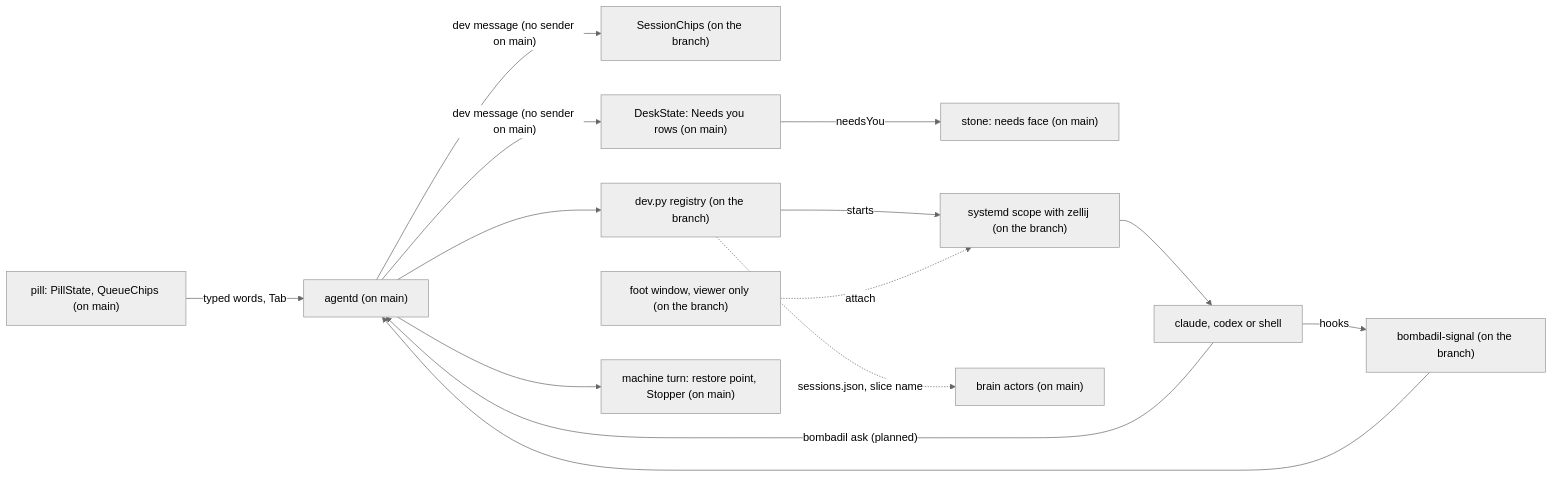
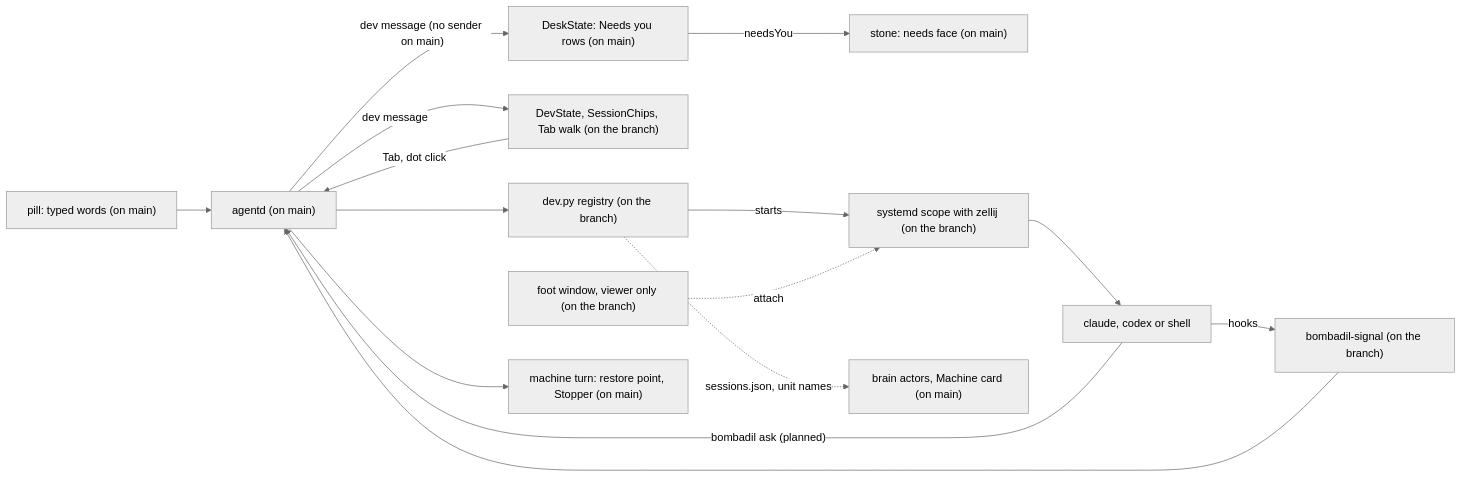
One commit to thedefaultman/Bombadil changed the diagram in docs/architecture/coding-sessions.md. Above: the diagram before and after it, drawn with Mermaid (neutral theme). The commit also changed other lines of this file and 18 other files, not shown here.

First line of the commit message:
docs: architecture page updates against current main (checks interrupted)

````diff
--- a/docs/architecture/coding-sessions.md
+++ b/docs/architecture/coding-sessions.md
@@ -24,16 +24,17 @@
 ```mermaid
 flowchart LR
-    pill["pill: PillState, QueueChips (on main)"] -->|"typed words, Tab"| agentd["agentd (on main)"]
-    agentd -->|"dev message (no sender on main)"| chips["SessionChips (on the branch)"]
+    pill["pill: typed words (on main)"] --> agentd["agentd (on main)"]
     agentd -->|"dev message (no sender on main)"| desk["DeskState: Needs you rows (on main)"]
     desk -->|"needsYou"| stone["stone: needs face (on main)"]
+    agentd -->|"dev message"| chips["DevState, SessionChips, Tab walk (on the branch)"]
+    chips -->|"Tab, dot click"| agentd
     agentd --> dev["dev.py registry (on the branch)"]
     dev -->|"starts"| scope["systemd scope with zellij (on the branch)"]
     scope --> tool["claude, codex or shell"]
     viewer["foot window, viewer only (on the branch)"] -.->|"attach"| scope
     tool -->|"hooks"| signal["bombadil-signal (on the branch)"]
     signal --> agentd
     tool -->|"bombadil ask (planned)"| agentd
     agentd --> turn["machine turn: restore point, Stopper (on main)"]
-    dev -.->|"sessions.json, slice name"| brain["brain actors (on main)"]
+    dev -.->|"sessions.json, unit names"| brain["brain actors, Machine card (on main)"]
 ```
````
